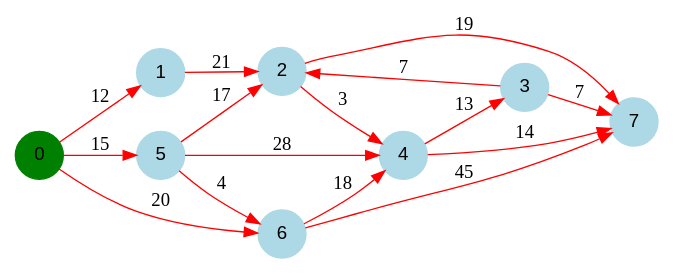
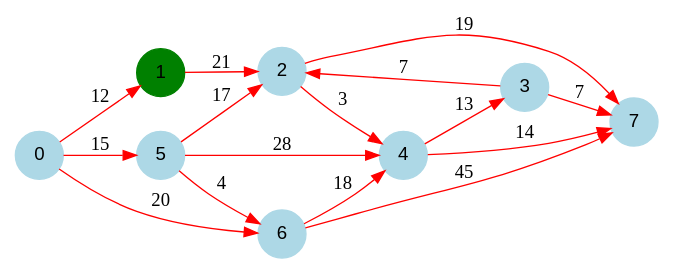
Before and after one commit to benech17/Shortest-Path: the diagram in programme1/output/dotFiles/graph1/graph1_0.dot, drawn with Graphviz. The commit also changed 19 other files, not shown here.

```diff
--- a/programme1/output/dotFiles/graph1/graph1_0.dot
+++ b/programme1/output/dotFiles/graph1/graph1_0.dot
@@ -1,27 +1,27 @@
 digraph graphe {
 rankdir = LR;
 edge [color=red];
-0 [fontname="Arial", shape = circle, color=green, style=filled];
-1 [fontname="Arial", shape = circle, color=lightblue, style=filled];
+0 [fontname="Arial", shape = circle, color=lightblue, style=filled];
+1 [fontname="Arial", shape = circle, color=green, style=filled];
 2 [fontname="Arial", shape = circle, color=lightblue, style=filled];
 3 [fontname="Arial", shape = circle, color=lightblue, style=filled];
 4 [fontname="Arial", shape = circle, color=lightblue, style=filled];
 5 [fontname="Arial", shape = circle, color=lightblue, style=filled];
 6 [fontname="Arial", shape = circle, color=lightblue, style=filled];
 7 [fontname="Arial", shape = circle, color=lightblue, style=filled];
 	0 -> 1 [label = "12"];
 	0 -> 5 [label = "15"];
 	0 -> 6 [label = "20"];
 	1 -> 2 [label = "21"];
 	2 -> 4 [label = "3"];
 	2 -> 7 [label = "19"];
 	3 -> 2 [label = "7"];
 	3 -> 7 [label = "7"];
 	4 -> 3 [label = "13"];
 	4 -> 7 [label = "14"];
 	5 -> 2 [label = "17"];
 	5 -> 4 [label = "28"];
 	5 -> 6 [label = "4"];
 	6 -> 4 [label = "18"];
 	6 -> 7 [label = "45"];
 }
```
